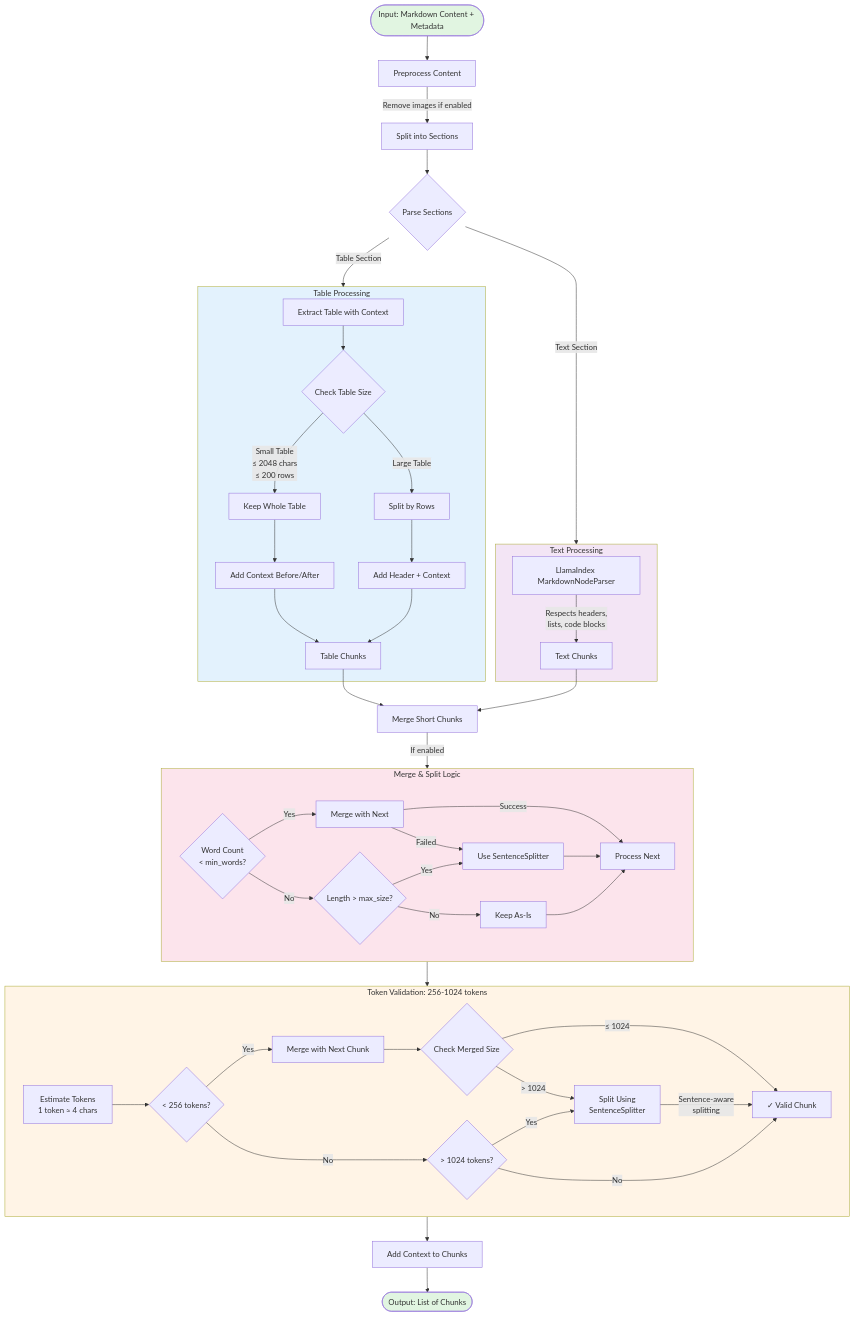
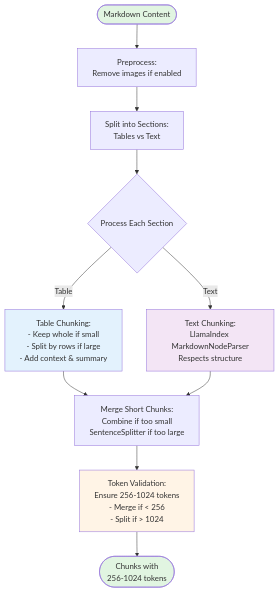
The diagram in weschatbot/docs/chunking_algorithms.md (NgOchOcc/W-Chatbot), drawn with Mermaid before and after one commit. The commit also changed other lines of this file, not shown here.

````diff
--- a/weschatbot/docs/chunking_algorithms.md
+++ b/weschatbot/docs/chunking_algorithms.md
@@ -3,74 +5,26 @@
 ```mermaid
 flowchart TD
-    Start([Input: Markdown Content + Metadata]) --> Preprocess[Preprocess Content]
+    Start([Markdown Content]) --> Preprocess[Preprocess:<br/>Remove images if enabled]
 
-    Preprocess --> |Remove images if enabled| Split[Split into Sections]
+    Preprocess --> Split[Split into Sections:<br/>Tables vs Text]
 
-    Split --> Parse{Parse Sections}
+    Split --> Process{Process Each Section}
 
-    Parse --> |Table Section| TableFlow[Table Chunking Flow]
-    Parse --> |Text Section| TextFlow[Text Chunking Flow]
+    Process -->|Table| TableChunk[Table Chunking:<br/>- Keep whole if small<br/>- Split by rows if large<br/>- Add context & summary]
 
-    subgraph TableFlow [Table Processing]
-        ExtractTable[Extract Table with Context] --> CheckSize{Check Table Size}
-        CheckSize --> |Small Table<br/>≤ 2048 chars<br/>≤ 200 rows| KeepWhole[Keep Whole Table]
-        CheckSize --> |Large Table| SplitTable[Split by Rows]
+    Process -->|Text| TextChunk[Text Chunking:<br/>LlamaIndex MarkdownNodeParser<br/>Respects structure]
 
-        KeepWhole --> AddContext1[Add Context Before/After]
-        SplitTable --> AddContext2[Add Header + Context]
+    TableChunk --> Merge[Merge Short Chunks:<br/>Combine if too small<br/>SentenceSplitter if too large]
 
-        AddContext1 --> TableChunks[Table Chunks]
-        AddContext2 --> TableChunks
-    end
+    TextChunk --> Merge
 
-    subgraph TextFlow [Text Processing]
-        MarkdownParser[LlamaIndex MarkdownNodeParser] --> |Respects headers,<br/>lists, code blocks| TextChunks[Text Chunks]
-    end
+    Merge --> Validate[Token Validation:<br/>Ensure 256-1024 tokens<br/>- Merge if < 256<br/>- Split if > 1024]
 
-    TableChunks --> Merge[Merge Short Chunks]
-    TextChunks --> Merge
-
-    Merge --> |If enabled| MergeLogic{Check Chunk Size}
-
-    subgraph MergeLogic [Merge & Split Logic]
-        CheckWord{Word Count<br/>< min_words?} --> |Yes| TryMerge[Merge with Next]
-        CheckWord --> |No| CheckLength{Length > max_size?}
-
-        TryMerge --> |Success| NextChunk[Process Next]
-        TryMerge --> |Failed| UseSplitter[Use SentenceSplitter]
-
-        CheckLength --> |Yes| UseSplitter
-        CheckLength --> |No| KeepChunk[Keep As-Is]
-
-        UseSplitter --> NextChunk
-        KeepChunk --> NextChunk
-    end
-
-    MergeLogic --> Validate[Validate Token Limits]
-
-    subgraph Validate [Token Validation: 256-1024 tokens]
-        CountTokens[Estimate Tokens<br/>1 token ≈ 4 chars] --> CheckMin{< 256 tokens?}
-
-        CheckMin --> |Yes| MergeSmall[Merge with Next Chunk]
-        CheckMin --> |No| CheckMax{> 1024 tokens?}
-
-        CheckMax --> |Yes| SplitLarge[Split Using<br/>SentenceSplitter]
-        CheckMax --> |No| ValidChunk[✓ Valid Chunk]
-
-        MergeSmall --> RecountMerged{Check Merged Size}
-        RecountMerged --> |≤ 1024| ValidChunk
-        RecountMerged --> |> 1024| SplitLarge
-
-        SplitLarge --> |Sentence-aware<br/>splitting| ValidChunk
-    end
-
-    Validate --> AddChunkContext[Add Context to Chunks]
-    AddChunkContext --> Output([Output: List of Chunks])
+    Validate --> Output([Chunks with<br/>256-1024 tokens])
 
     style Start fill:#e1f5e1
     style Output fill:#e1f5e1
+    style TableChunk fill:#e3f2fd
+    style TextChunk fill:#f3e5f5
     style Validate fill:#fff4e6
-    style TableFlow fill:#e3f2fd
-    style TextFlow fill:#f3e5f5
-    style MergeLogic fill:#fce4ec
 ```
````
